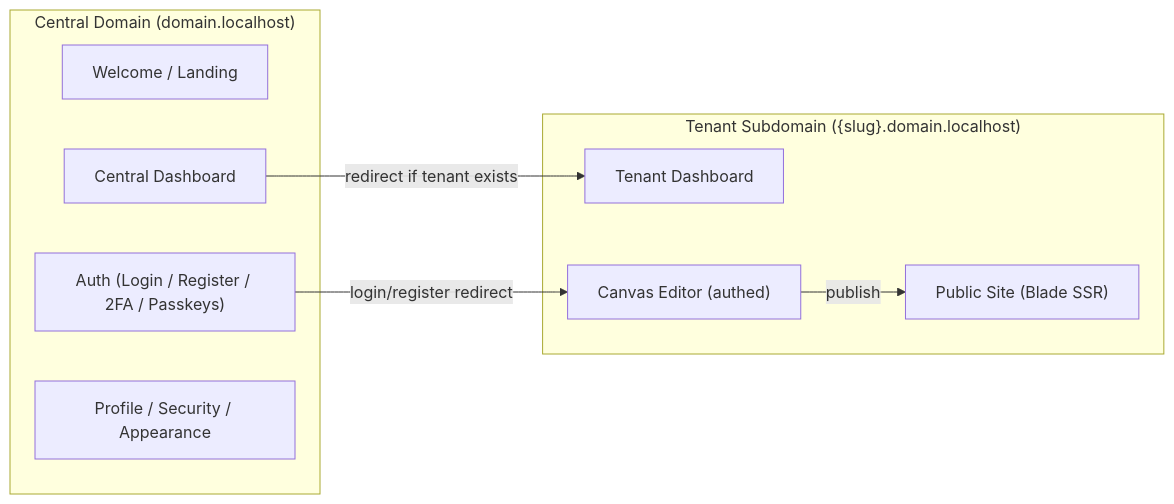
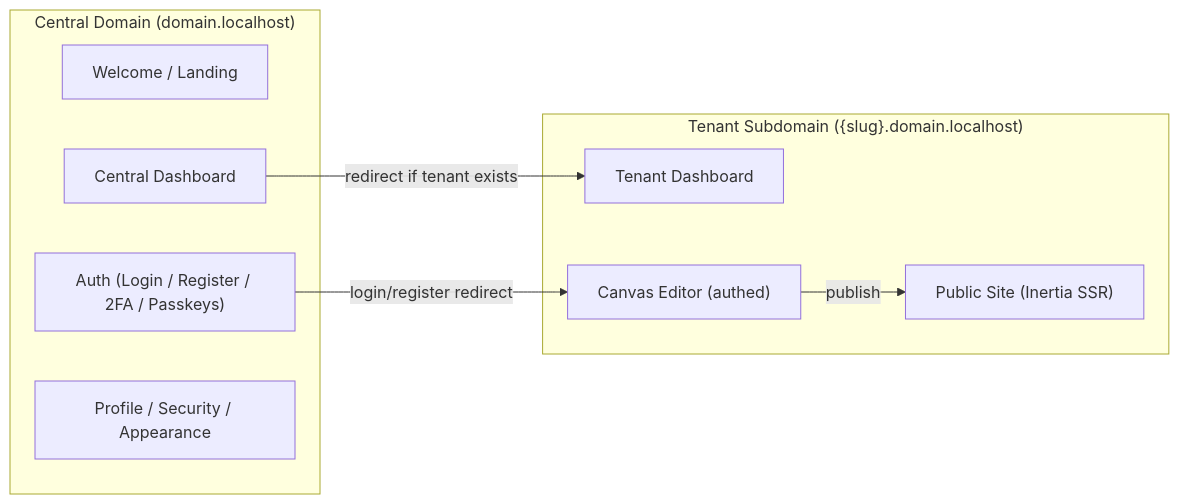
Before and after one commit to TDRodney/web-builder: the first of 7 diagrams in spec.md, drawn with Mermaid. The commit also changed other lines of this file and 7 other files, not shown here.

````diff
--- a/spec.md
+++ b/spec.md
@@ -18,19 +18,19 @@
 ```mermaid
 graph LR
   subgraph Central["Central Domain (domain.localhost)"]
     Welcome["Welcome / Landing"]
     Auth["Auth (Login / Register / 2FA / Passkeys)"]
     Dashboard["Central Dashboard"]
     Settings["Profile / Security / Appearance"]
   end
 
   subgraph Tenant["Tenant Subdomain ({slug}.domain.localhost)"]
     TenantDash["Tenant Dashboard"]
     Editor["Canvas Editor (authed)"]
-    Public["Public Site (Blade SSR)"]
+    Public["Public Site (Inertia SSR)"]
   end
 
   Auth -- "login/register redirect" --> Editor
   Dashboard -- "redirect if tenant exists" --> TenantDash
   Editor -- "publish" --> Public
 ```
````
